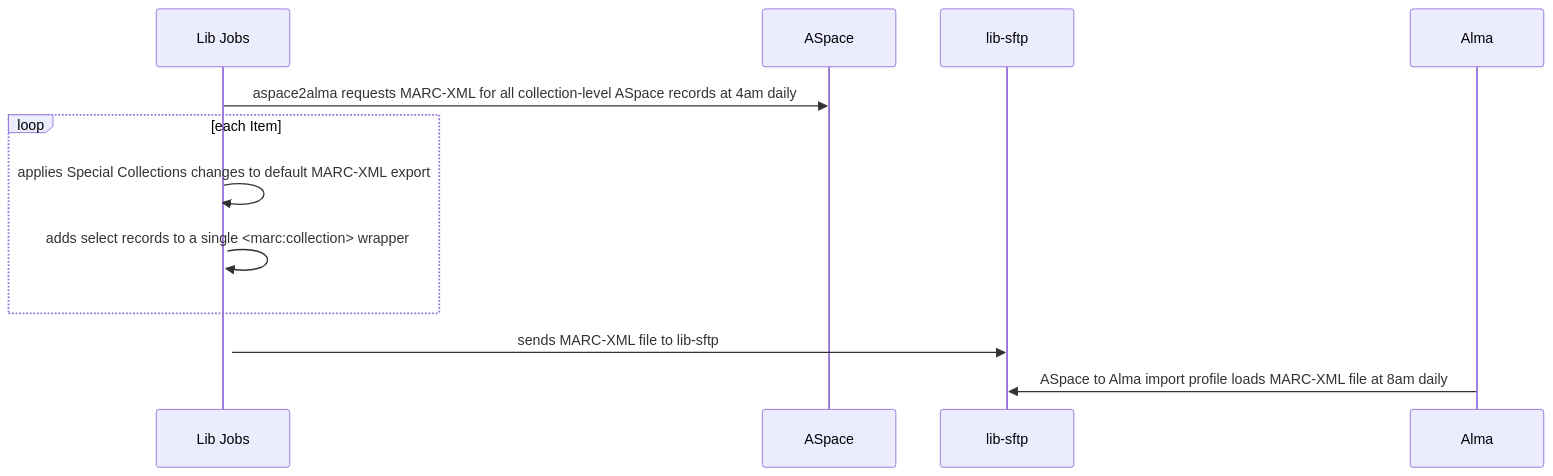
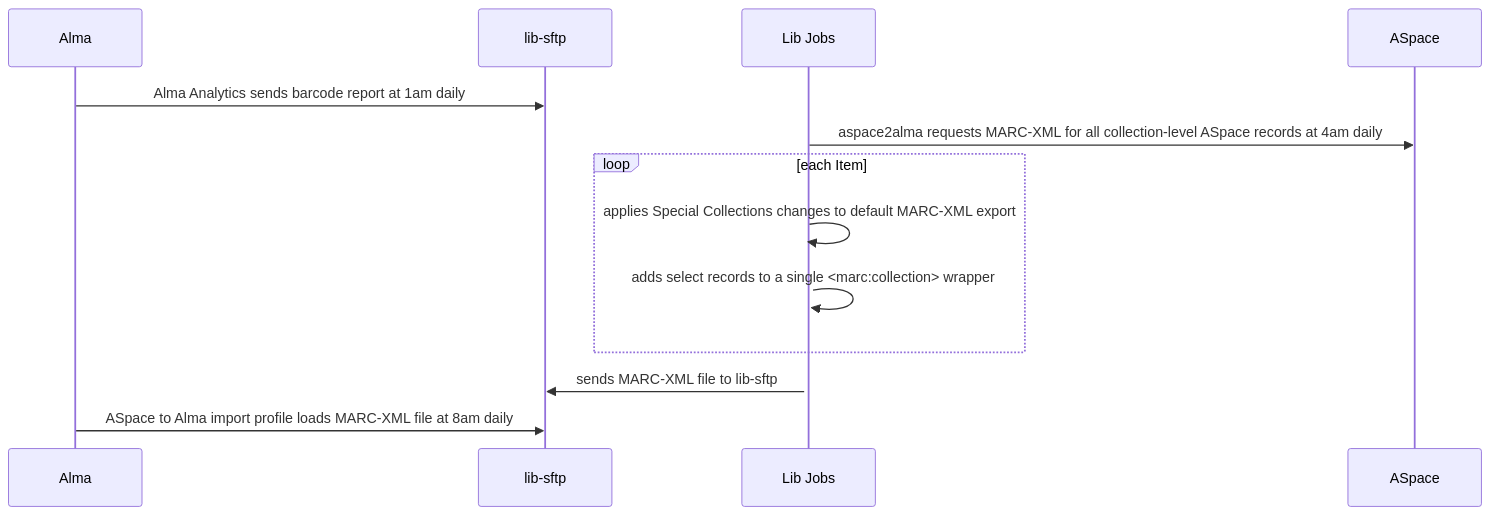
Before and after one commit to pulibrary/lib_jobs: the diagram in docs/aspace2alma/readme.md, drawn with Mermaid.

````diff
--- a/docs/aspace2alma/readme.md
+++ b/docs/aspace2alma/readme.md
@@ -3,17 +3,19 @@
 ```mermaid
 sequenceDiagram
 accTitle: Diagram depicting loading select records from ArchivesSpace to Alma.
 accDescr {
+  Alma Analytics sends barcode report at 1am daily
   aspace2alma requests MARC-XML for all collection-level ASpace records at 4am daily.
   Lib Jobs applies Special Collections changes to default MARC-XML export and adds select records to a single <marc:collection> wrapper.
   Lib Jobs sends MARC-XML file to lib-sftp.
   ASpace to Alma imports profile loads MARC-XML file at 8am daily.
 }
+Alma->>lib-sftp: Alma Analytics sends barcode report at 1am daily
 Lib Jobs->>ASpace: aspace2alma requests MARC-XML for all collection-level ASpace records at 4am daily
 loop each Item
   Lib Jobs->>+Lib Jobs: applies Special Collections changes to default MARC-XML export
   Lib Jobs->>+Lib Jobs: adds select records to a single <marc:collection> wrapper
 end
 Lib Jobs->>lib-sftp: sends MARC-XML file to lib-sftp
 Alma->>lib-sftp: ASpace to Alma import profile loads MARC-XML file at 8am daily
 ```
````
